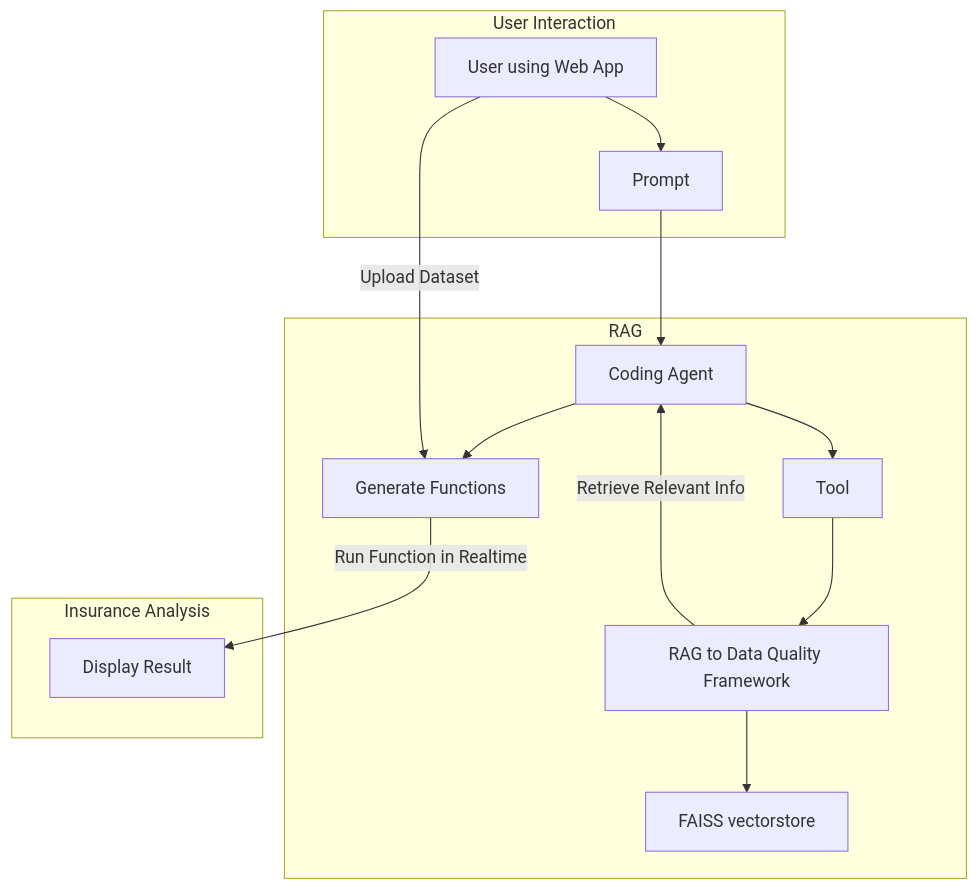
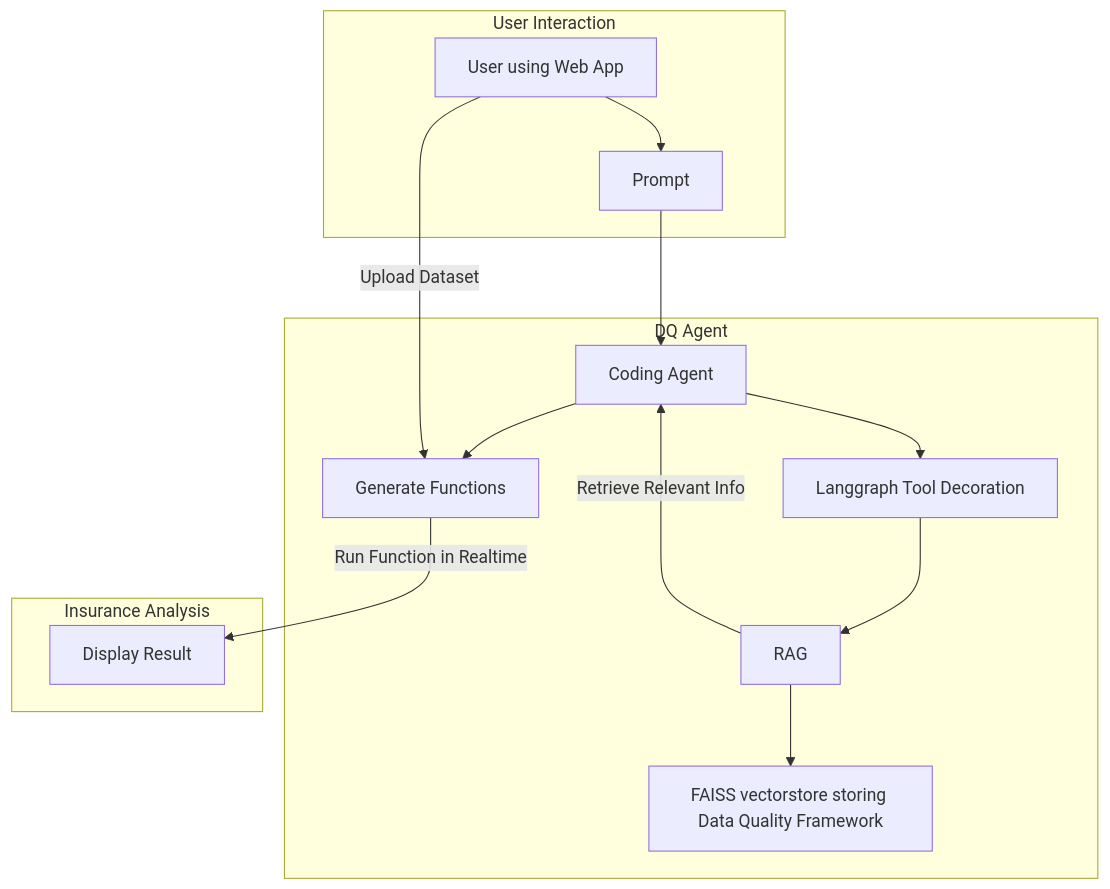
One commit to dfo-mpo/DataQuality changed the diagram in README.md. Above: the diagram before and after it, drawn with Mermaid.

````diff
--- a/README.md
+++ b/README.md
@@ -9,22 +9,22 @@
 ```mermaid
 graph TB
 
 subgraph User Interaction
     A[User using Web App] --> D[Prompt]
 end
 
 
 
-subgraph RAG
+subgraph DQ Agent
     D --> F[Coding Agent] --> K[Generate Functions]
-    F --> T[Tool]
-    T --> R[RAG to Data Quality Framework] --> V[FAISS vectorstore]
+    F --> T[Langgraph Tool Decoration]
+    T --> R[RAG ] --> V[FAISS vectorstore storing Data Quality Framework]
     R --"Retrieve Relevant Info"--> F[Coding Agent]
 end
 
 subgraph Insurance Analysis
     A -- "Upload Dataset" --> K[Generate Functions] --"Run Function in Realtime"--> M[Display Result]
     
 end
 
 ```
````
